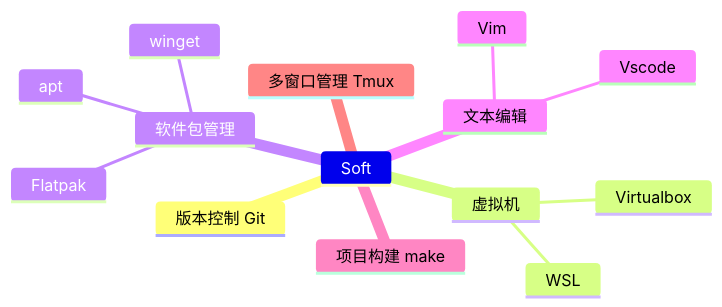
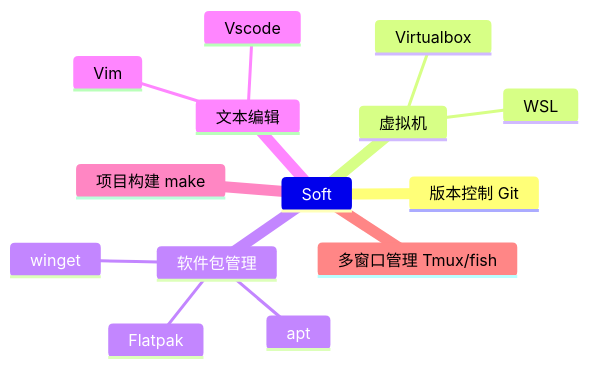
The first of 3 diagrams in _soft/readme.md (wow-yes/blog), drawn with Mermaid before and after one commit. The commit also changed other lines of this file and 20 other files, not shown here.

````diff
--- a/_soft/readme.md
+++ b/_soft/readme.md
@@ -9,18 +9,18 @@
 ```mermaid
 mindmap
     Soft
         版本控制 Git
         虚拟机
             WSL
             Virtualbox
         软件包管理
             apt
             Flatpak
             winget
         文本编辑
             Vscode
             Vim
         项目构建 make
-        多窗口管理 Tmux
+        多窗口管理 Tmux/fish
 
 ```
````
